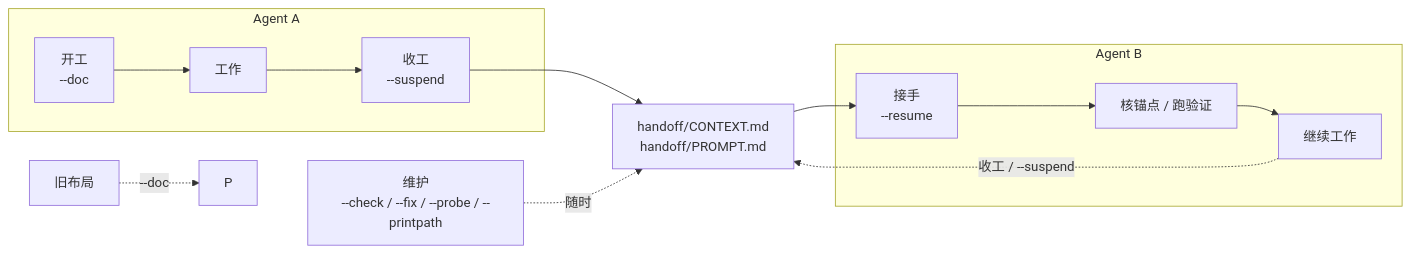
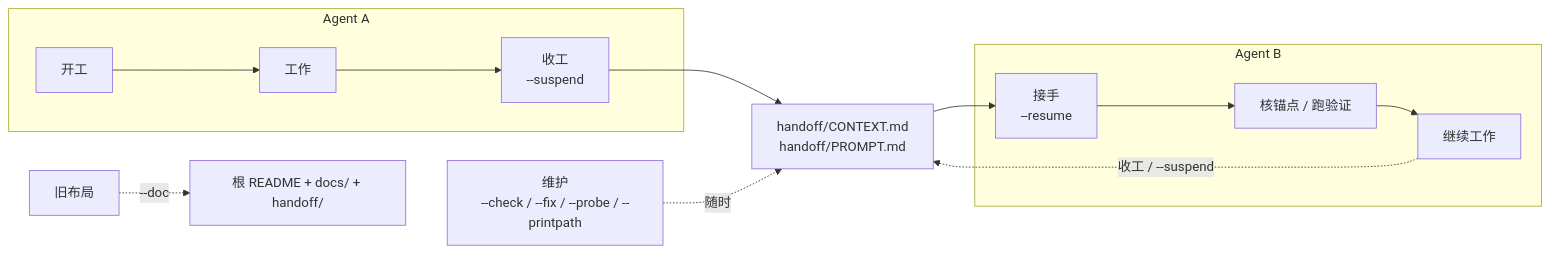
Before and after one commit to Lizardon386/multi-agent-task-handoff: the second of 6 diagrams in docs/DESIGN.md, drawn with Mermaid. The commit also changed other lines of this file, not shown here.

Commit message:
docs: 修正 DESIGN 图悬空节点与失准标签

````diff
--- a/docs/DESIGN.md
+++ b/docs/DESIGN.md
@@ -57,16 +57,16 @@
 ```mermaid
 flowchart LR
   subgraph A[Agent A]
-    D[开工<br/>--doc] --> W1[工作]
+    D[开工] --> W1[工作]
     W1 --> S[收工<br/>--suspend]
   end
   subgraph B[Agent B]
     R[接手<br/>--resume] --> C[核锚点 / 跑验证]
     C --> W2[继续工作]
   end
   S --> F[handoff/CONTEXT.md<br/>handoff/PROMPT.md]
   F --> R
   W2 -.->|收工 / --suspend| F
   M[维护<br/>--check / --fix / --probe / --printpath] -.->|随时| F
-  L[旧布局] -.->|--doc| P
+  L[旧布局] -.->|--doc| N["根 README + docs/ + handoff/"]
 ```
````
